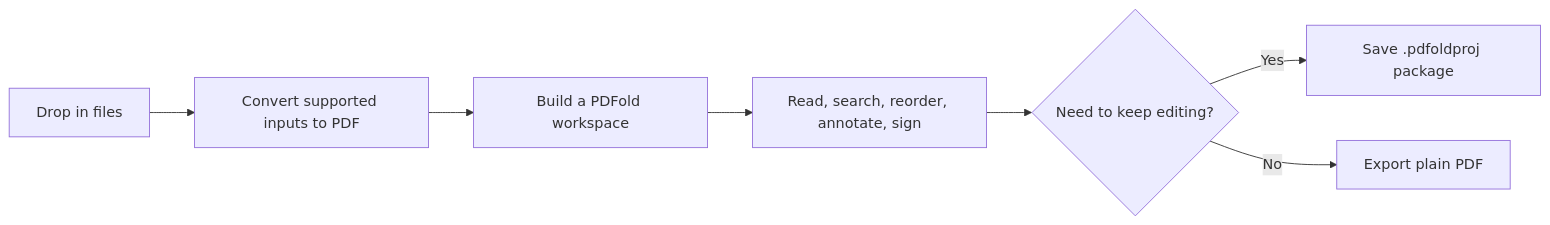
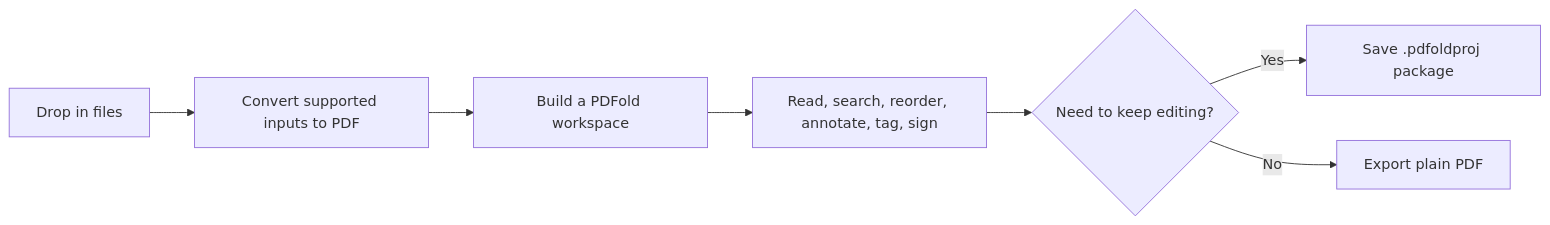
Before and after one commit to udhawan97/Orifold: the first of 2 diagrams in README.md, drawn with Mermaid. The commit also changed other lines of this file and 5 other files, not shown here.

````diff
--- a/README.md
+++ b/README.md
@@ -108,9 +124,9 @@
 ```mermaid
 flowchart LR
     A["Drop in files"] --> B["Convert supported inputs to PDF"]
     B --> C["Build a PDFold workspace"]
-    C --> D["Read, search, reorder, annotate, sign"]
+    C --> D["Read, search, reorder, annotate, tag, sign"]
     D --> E{"Need to keep editing?"}
     E -- "Yes" --> F["Save .pdfoldproj package"]
     E -- "No" --> G["Export plain PDF"]
 ```
````
